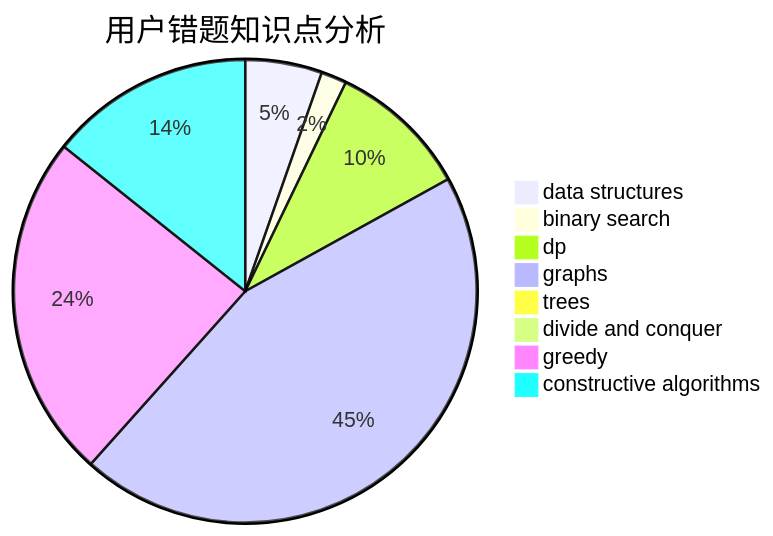
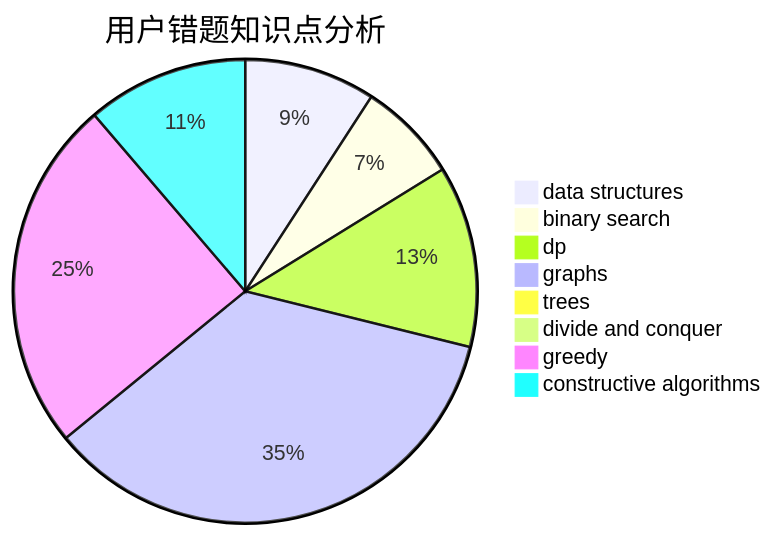
Before and after one commit to sherpahu/cfrs.github.io: the third of 3 diagrams in docs/user/u1521.md, drawn with Mermaid. The commit also changed other lines of this file and 2770 other files, not shown here.

````diff
--- a/docs/user/u1521.md
+++ b/docs/user/u1521.md
@@ -36,11 +36,11 @@
 ```mermaid
 pie title 用户错题知识点分析
-    "data structures" :  6
-    "binary search" :  2
-    "dp" :  11
+    "data structures" :  13
+    "binary search" :  10
+    "dp" :  18
     "graphs" :  50
     "trees" :  0
     "divide and conquer" :  0
-    "greedy" :  27
+    "greedy" :  35
     "constructive algorithms" :  16
 ```
````
